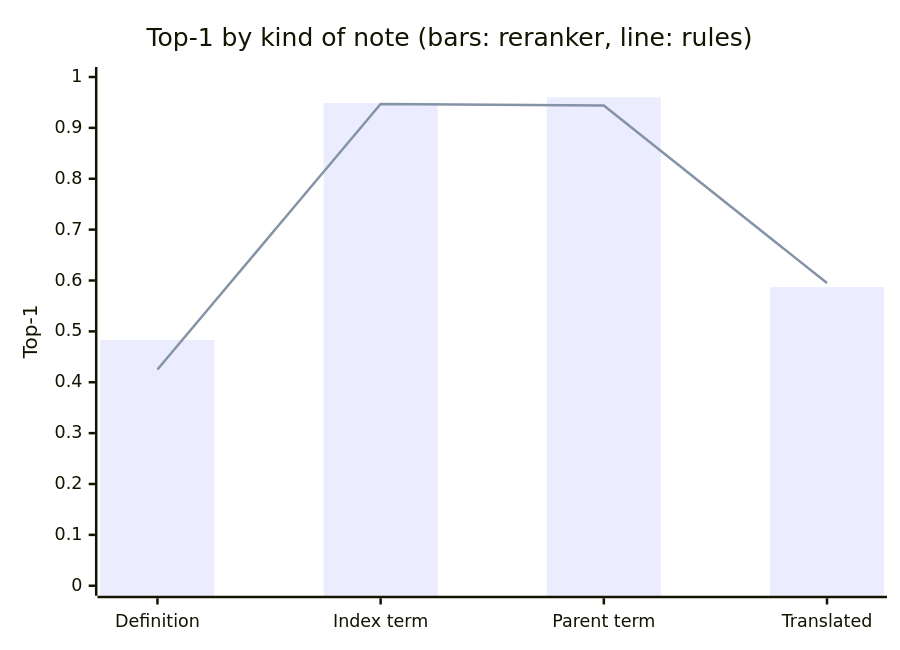
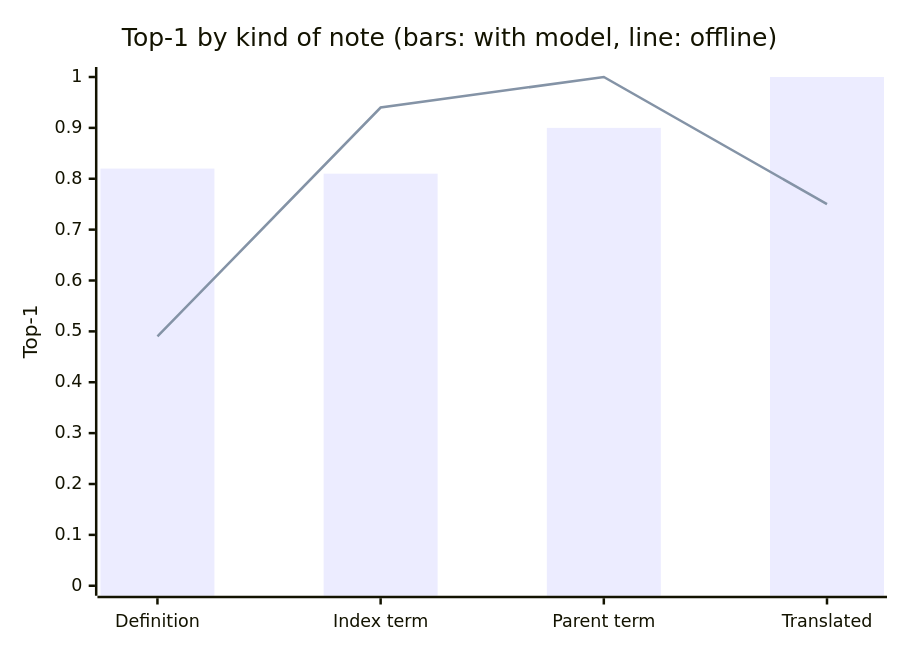
The diagram in docs/EVALUATION.md (Purv-Kabaria/sugen-icd11-coder), drawn with Mermaid before and after one commit. The commit also changed other lines of this file and 4 other files, not shown here.

````diff
--- a/docs/EVALUATION.md
+++ b/docs/EVALUATION.md
@@ -62,8 +84,8 @@
 ```mermaid
 xychart-beta
-    title "Top-1 by kind of note (bars: reranker, line: rules)"
+    title "Top-1 by kind of note (bars: with model, line: offline)"
     x-axis ["Definition", "Index term", "Parent term", "Translated"]
     y-axis "Top-1" 0 --> 1
-    bar [0.483, 0.949, 0.960, 0.587]
-    line [0.425, 0.947, 0.944, 0.595]
+    bar [0.82, 0.81, 0.90, 1.00]
+    line [0.49, 0.94, 1.00, 0.75]
 ```
````
